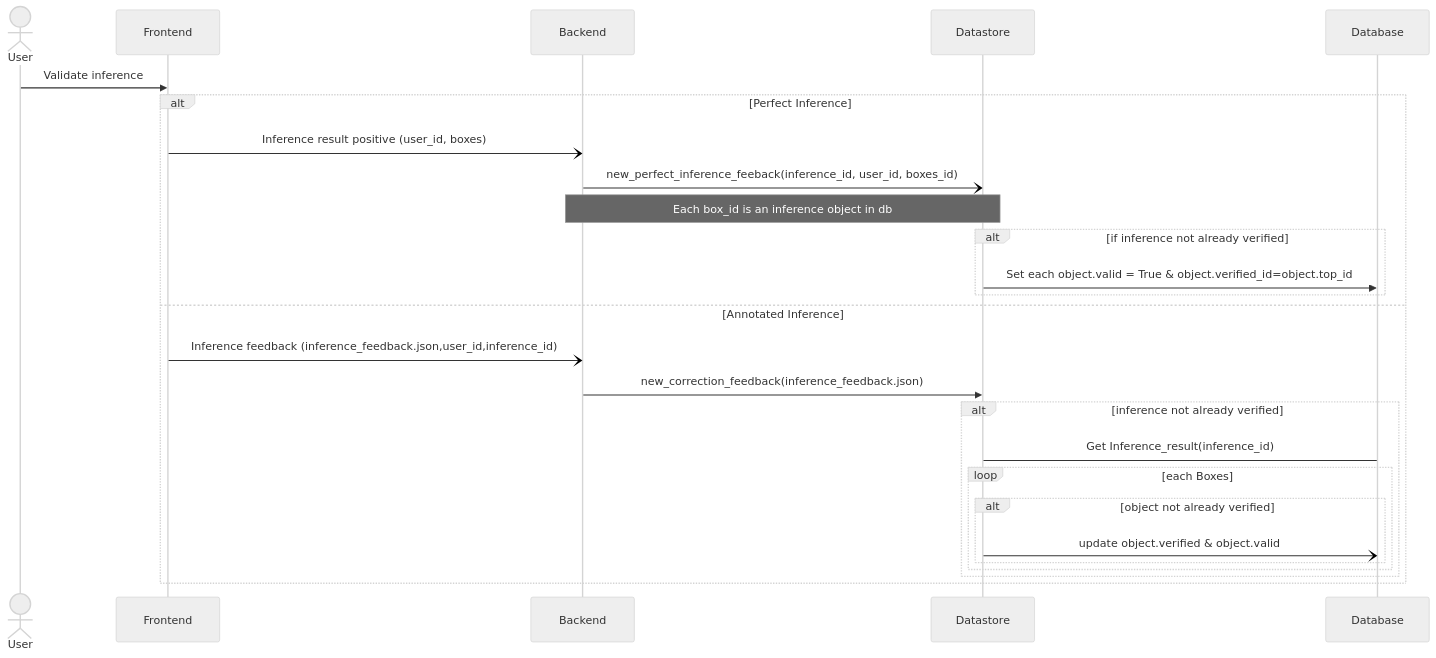
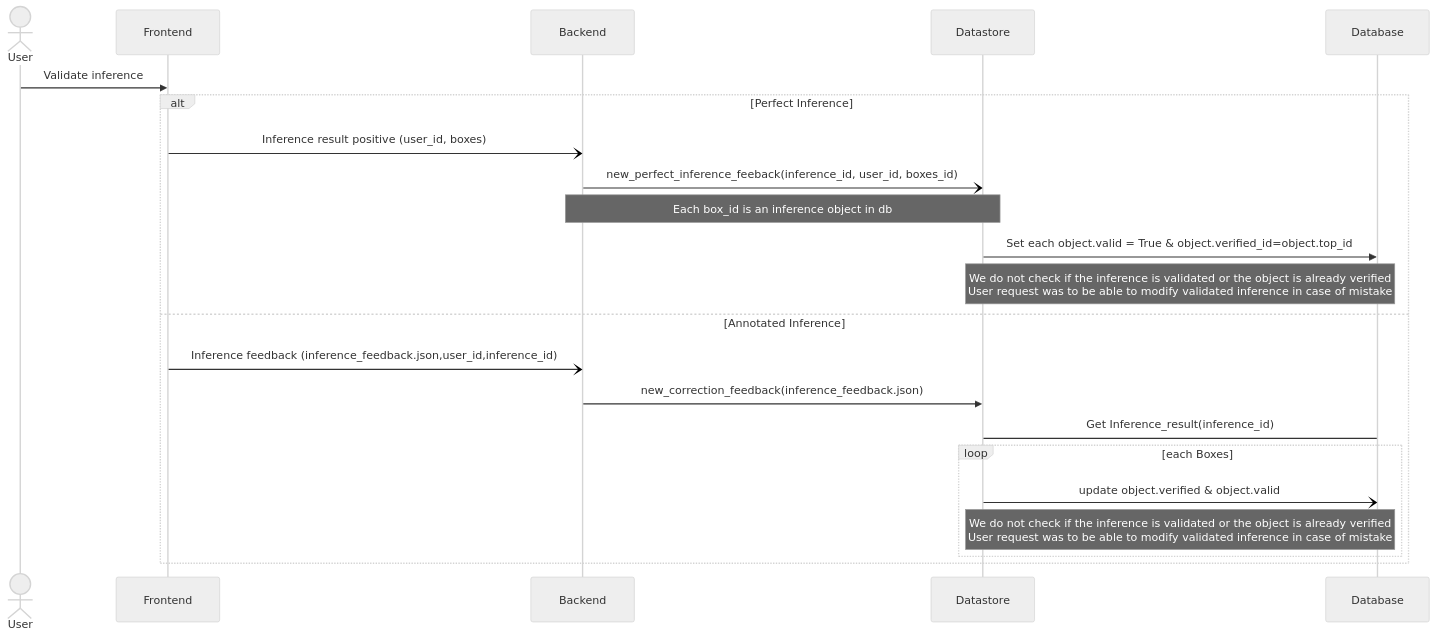
Before and after one commit to ai-cfia/ailab-datastore: the second of 3 diagrams in nachet/doc/inference-feedback.md, drawn with Mermaid (neutral theme). The commit also changed other lines of this file and 12 other files, not shown here.

````diff
--- a/nachet/doc/inference-feedback.md
+++ b/nachet/doc/inference-feedback.md
@@ -63,32 +63,28 @@
 ``` mermaid
 
 sequenceDiagram;
   actor User
   participant Frontend
   participant Backend
   participant Datastore
   participant Database
   
 
     User ->> Frontend: Validate inference
     alt Perfect Inference
         Frontend -) Backend: Inference result positive (user_id, boxes)
         Backend -) Datastore: new_perfect_inference_feeback(inference_id, user_id, boxes_id)
         Note over Backend, Datastore : Each box_id is an inference object in db
-        alt if inference not already verified
-                Datastore ->> Database: Set each object.valid = True & object.verified_id=object.top_id
-        end
+        Datastore ->> Database: Set each object.valid = True & object.verified_id=object.top_id
+        Note over Datastore, Database: We do not check if the inference is validated or the object is already verified<br>User request was to be able to modify validated inference in case of mistake
     else Annotated Inference
         Frontend -) Backend: Inference feedback (inference_feedback.json,user_id,inference_id)
         Backend ->> Datastore: new_correction_feedback(inference_feedback.json)
-        alt inference not already verified
-            Datastore -> Database: Get Inference_result(inference_id)
-            loop each Boxes
-                alt object not already verified
-                    Datastore-)Database: update object.verified & object.valid
-                end
-            end
+        Datastore -> Database: Get Inference_result(inference_id)
+        loop each Boxes
+            Datastore-)Database: update object.verified & object.valid
+            Note over Datastore, Database: We do not check if the inference is validated or the object is already verified<br>User request was to be able to modify validated inference in case of mistake
         end
     end
 
 ```
````
